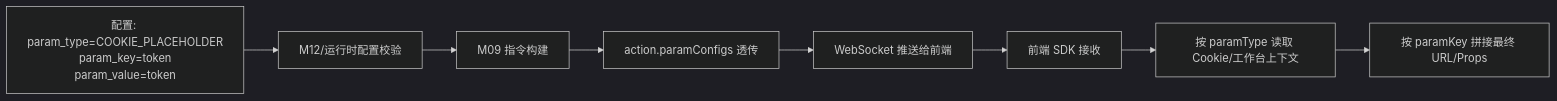
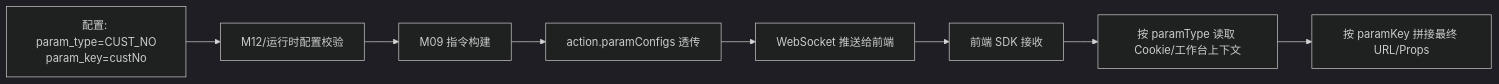
Diagram 12 of 24 in cs-copilot-service/docs/dd-v1.2.md (qzz617/copilot), drawn with Mermaid (dark theme) before and after one commit. The commit also changed other lines of this file and 11 other files, not shown here.

````diff
--- a/cs-copilot-service/docs/dd-v1.2.md
+++ b/cs-copilot-service/docs/dd-v1.2.md
@@ -1580,10 +1488,10 @@
 ```mermaid
 flowchart LR
-    A[配置: param_type=COOKIE_PLACEHOLDER<br/>param_key=token<br/>param_value=token] --> B[M12/运行时配置校验]
+    A[配置: param_type=CUST_NO<br/>param_key=custNo] --> B[M12/运行时配置校验]
     B --> C[M09 指令构建]
     C --> D[action.paramConfigs 透传]
     D --> E[WebSocket 推送给前端]
     E --> F[前端 SDK 接收]
     F --> G[按 paramType 读取 Cookie/工作台上下文]
     G --> H[按 paramKey 拼接最终 URL/Props]
 ```
````
